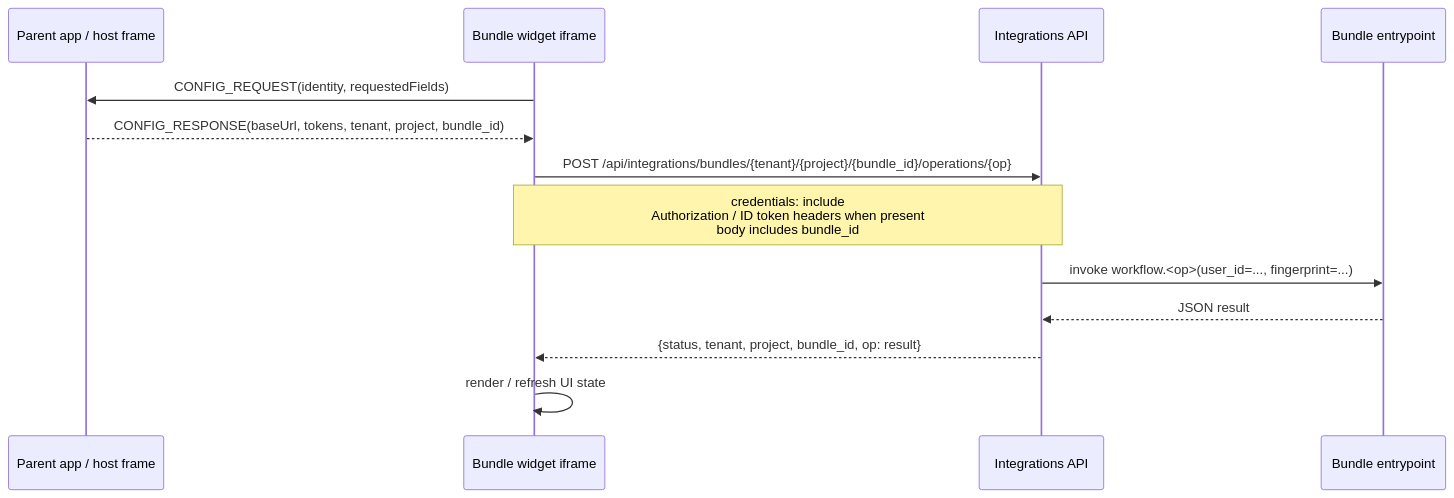
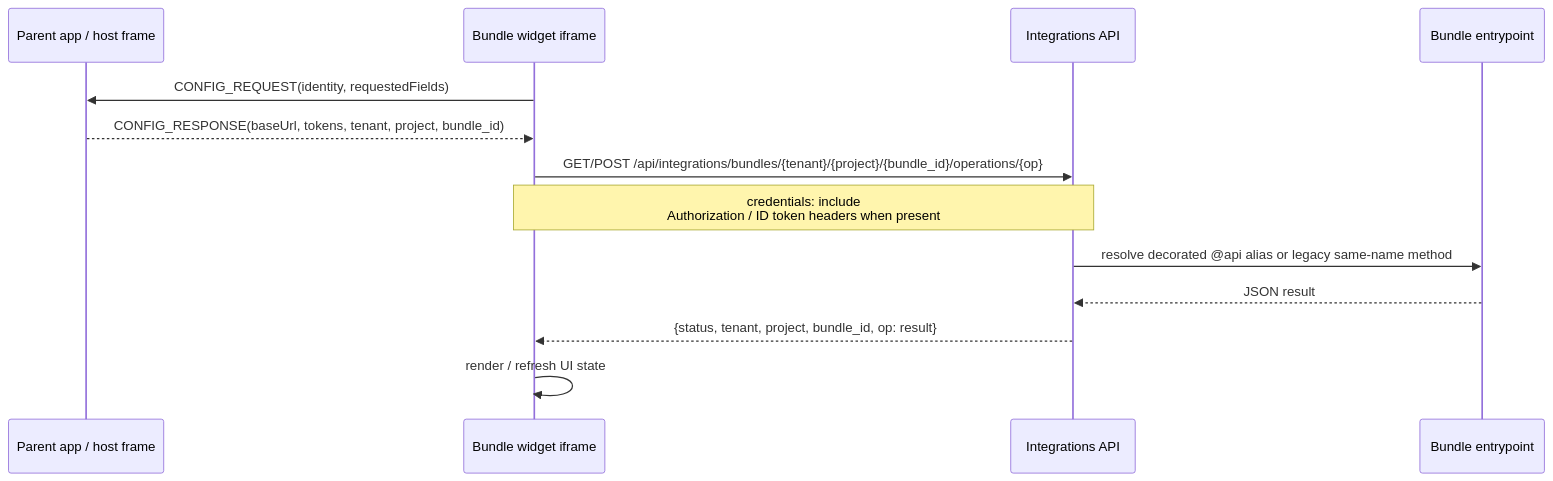
Before and after one commit to kdcube/kdcube-ai-app: the second of 2 diagrams in app/ai-app/docs/sdk/bundle/bundle-interfaces-README.md, drawn with Mermaid. The commit also changed other lines of this file and 8 other files, not shown here.

````diff
--- a/app/ai-app/docs/sdk/bundle/bundle-interfaces-README.md
+++ b/app/ai-app/docs/sdk/bundle/bundle-interfaces-README.md
@@ -283,17 +297,17 @@
 ```mermaid
 sequenceDiagram
     participant Host as Parent app / host frame
     participant Widget as Bundle widget iframe
     participant API as Integrations API
     participant Bundle as Bundle entrypoint
 
     Widget->>Host: CONFIG_REQUEST(identity, requestedFields)
     Host-->>Widget: CONFIG_RESPONSE(baseUrl, tokens, tenant, project, bundle_id)
 
-    Widget->>API: POST /api/integrations/bundles/{tenant}/{project}/{bundle_id}/operations/{op}
-    Note over Widget,API: credentials: include<br/>Authorization / ID token headers when present<br/>body includes bundle_id
-    API->>Bundle: invoke workflow.<op>(user_id=..., fingerprint=...)
+    Widget->>API: GET/POST /api/integrations/bundles/{tenant}/{project}/{bundle_id}/operations/{op}
+    Note over Widget,API: credentials: include<br/>Authorization / ID token headers when present
+    API->>Bundle: resolve decorated @api alias or legacy same-name method
     Bundle-->>API: JSON result
     API-->>Widget: {status, tenant, project, bundle_id, op: result}
     Widget->>Widget: render / refresh UI state
 ```
````
